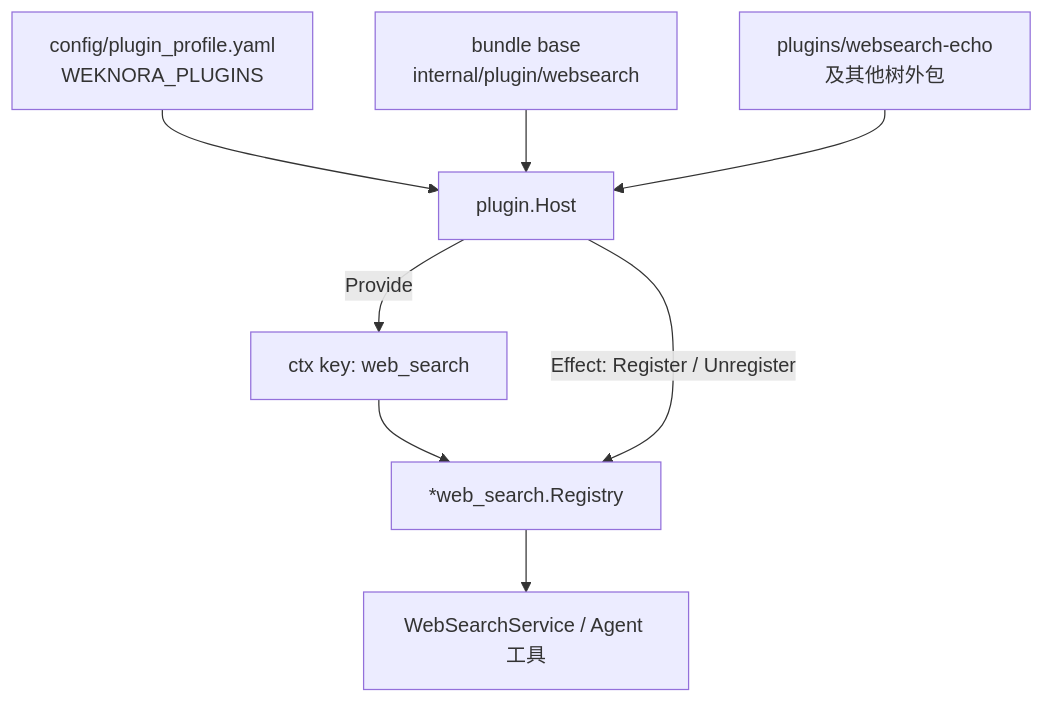
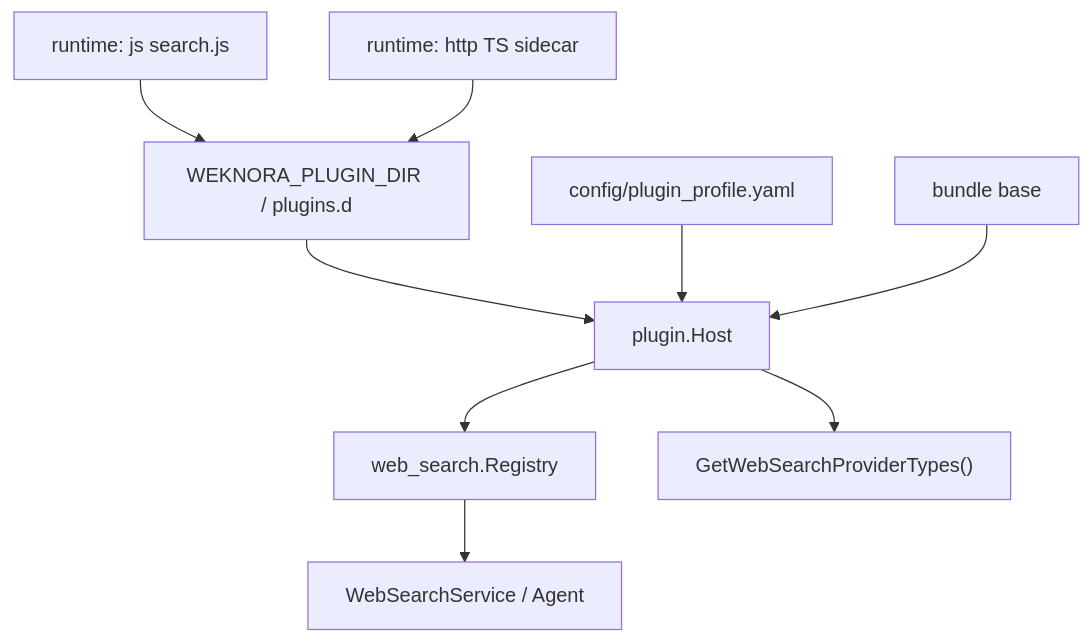
One commit to lyingbug/WeKnora changed the diagram in website-docs/06-development/04-plugin-architecture.md. Above: the diagram before and after it, drawn with Mermaid. The commit also changed other lines of this file and 28 other files, not shown here.

First line of the commit message:
feat(plugin): load JS and HTTP search plugins from disk at runtime

````diff
--- a/website-docs/06-development/04-plugin-architecture.md
+++ b/website-docs/06-development/04-plugin-architecture.md
@@ -17,10 +17,11 @@
 ```mermaid
 flowchart TB
-    P["config/plugin_profile.yaml<br/>WEKNORA_PLUGINS"] --> H["plugin.Host"]
-    B["bundle base<br/>internal/plugin/websearch"] --> H
-    X["plugins/websearch-echo<br/>及其他树外包"] --> H
-    H -->|"Provide"| S["ctx key: web_search"]
-    S --> R["*web_search.Registry"]
-    H -->|"Effect: Register / Unregister"| R
-    R --> C["WebSearchService / Agent 工具"]
+    D["WEKNORA_PLUGIN_DIR / plugins.d"] --> H["plugin.Host"]
+    P["config/plugin_profile.yaml"] --> H
+    B["bundle base"] --> H
+    JS["runtime: js  search.js"] --> D
+    TS["runtime: http  TS sidecar"] --> D
+    H --> R["web_search.Registry"]
+    H --> T["GetWebSearchProviderTypes()"]
+    R --> C["WebSearchService / Agent"]
 ```
````
